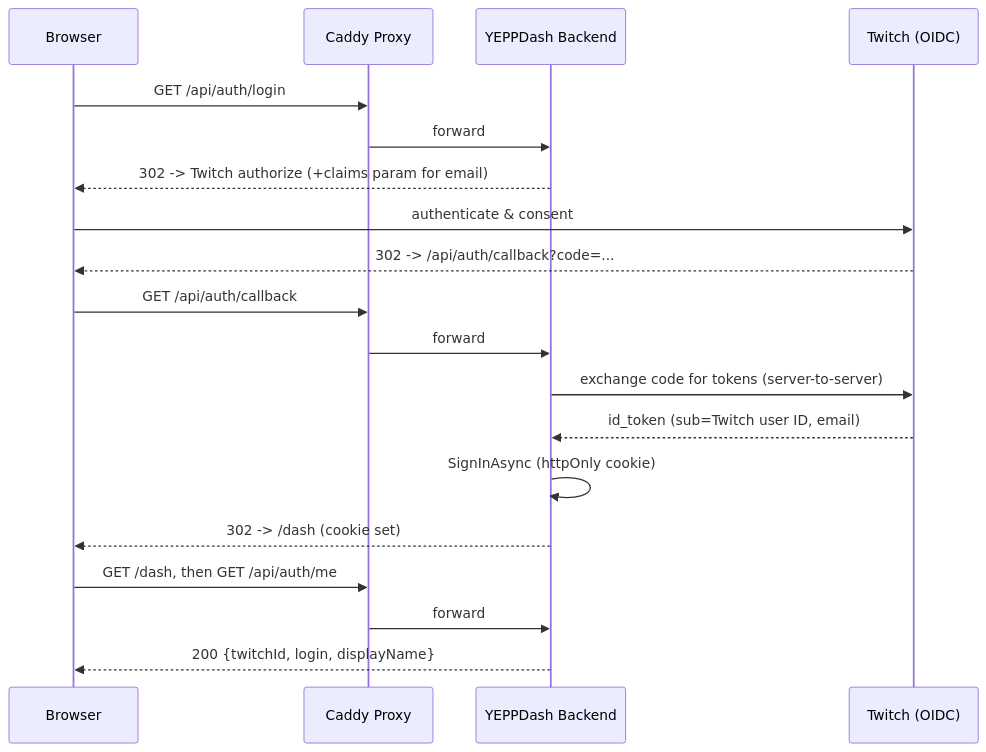
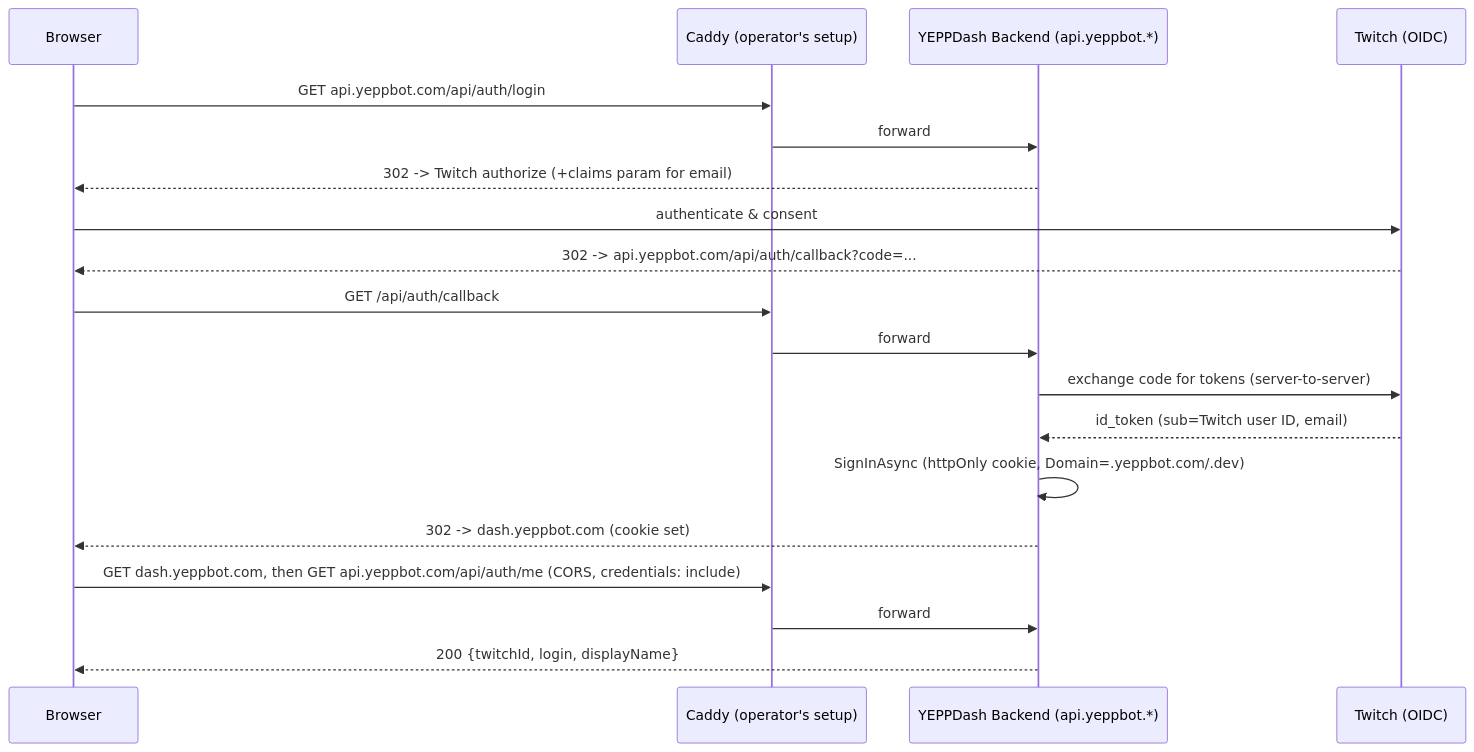
The second of 3 diagrams in PLAN.md (MCmoderSD/YEPPDash), drawn with Mermaid before and after one commit. The commit also changed other lines of this file and 4 other files, not shown here.

````diff
--- a/PLAN.md
+++ b/PLAN.md
@@ -33,22 +36,22 @@
 ```mermaid
 sequenceDiagram
     participant U as Browser
-    participant P as Caddy Proxy
-    participant BE as YEPPDash Backend
+    participant P as Caddy (operator's setup)
+    participant BE as YEPPDash Backend (api.yeppbot.*)
     participant T as Twitch (OIDC)
 
-    U->>P: GET /api/auth/login
+    U->>P: GET api.yeppbot.com/api/auth/login
     P->>BE: forward
     BE-->>U: 302 -> Twitch authorize (+claims param for email)
     U->>T: authenticate & consent
-    T-->>U: 302 -> /api/auth/callback?code=...
+    T-->>U: 302 -> api.yeppbot.com/api/auth/callback?code=...
     U->>P: GET /api/auth/callback
     P->>BE: forward
     BE->>T: exchange code for tokens (server-to-server)
     T-->>BE: id_token (sub=Twitch user ID, email)
-    BE->>BE: SignInAsync (httpOnly cookie)
-    BE-->>U: 302 -> /dash (cookie set)
-    U->>P: GET /dash, then GET /api/auth/me
+    BE->>BE: SignInAsync (httpOnly cookie, Domain=.yeppbot.com/.dev)
+    BE-->>U: 302 -> dash.yeppbot.com (cookie set)
+    U->>P: GET dash.yeppbot.com, then GET api.yeppbot.com/api/auth/me (CORS, credentials: include)
     P->>BE: forward
     BE-->>U: 200 {twitchId, login, displayName}
 ```
````
